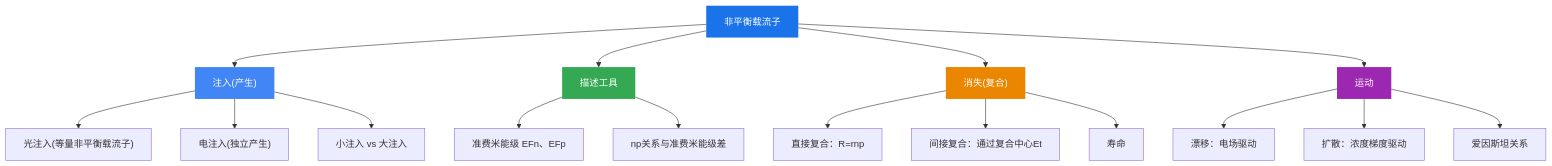
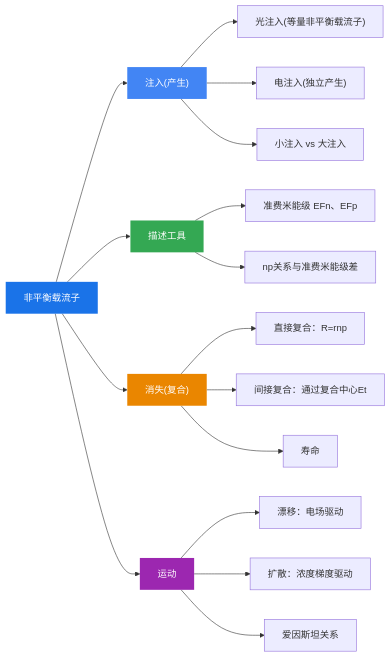
The diagram in docs/06-非平衡载流子.md (LiuandXu/semiconductor-physics-wiki), drawn with Mermaid before and after one commit. The commit also changed 6 other files, not shown here.

Commit message:
style: change all Mermaid flowcharts from TD to LR layout for better readability

````diff
--- a/docs/06-非平衡载流子.md
+++ b/docs/06-非平衡载流子.md
@@ -511,23 +511,23 @@
 ```mermaid
-flowchart TD
+flowchart LR
     R["非平衡载流子"] --> S1["注入(产生)"]
     R --> S2["描述工具"]
     R --> S3["消失(复合)"]
     R --> S4["运动"]
     S1 --> A1["光注入(等量非平衡载流子)"]
     S1 --> A2["电注入(独立产生)"]
     S1 --> A3["小注入 vs 大注入"]
     S2 --> B1["准费米能级 EFn、EFp"]
     S2 --> B2["np关系与准费米能级差"]
     S3 --> C1["直接复合：R=rnp"]
     S3 --> C2["间接复合：通过复合中心Et"]
     S3 --> C3["寿命"]
     S4 --> D1["漂移：电场驱动"]
     S4 --> D2["扩散：浓度梯度驱动"]
     S4 --> D3["爱因斯坦关系"]
     style R fill:#1a73e8,color:#fff,stroke:none
     style S1 fill:#4285f4,color:#fff,stroke:none
     style S2 fill:#34a853,color:#fff,stroke:none
     style S3 fill:#ea8600,color:#fff,stroke:none
     style S4 fill:#9c27b0,color:#fff,stroke:none
 ```
````
